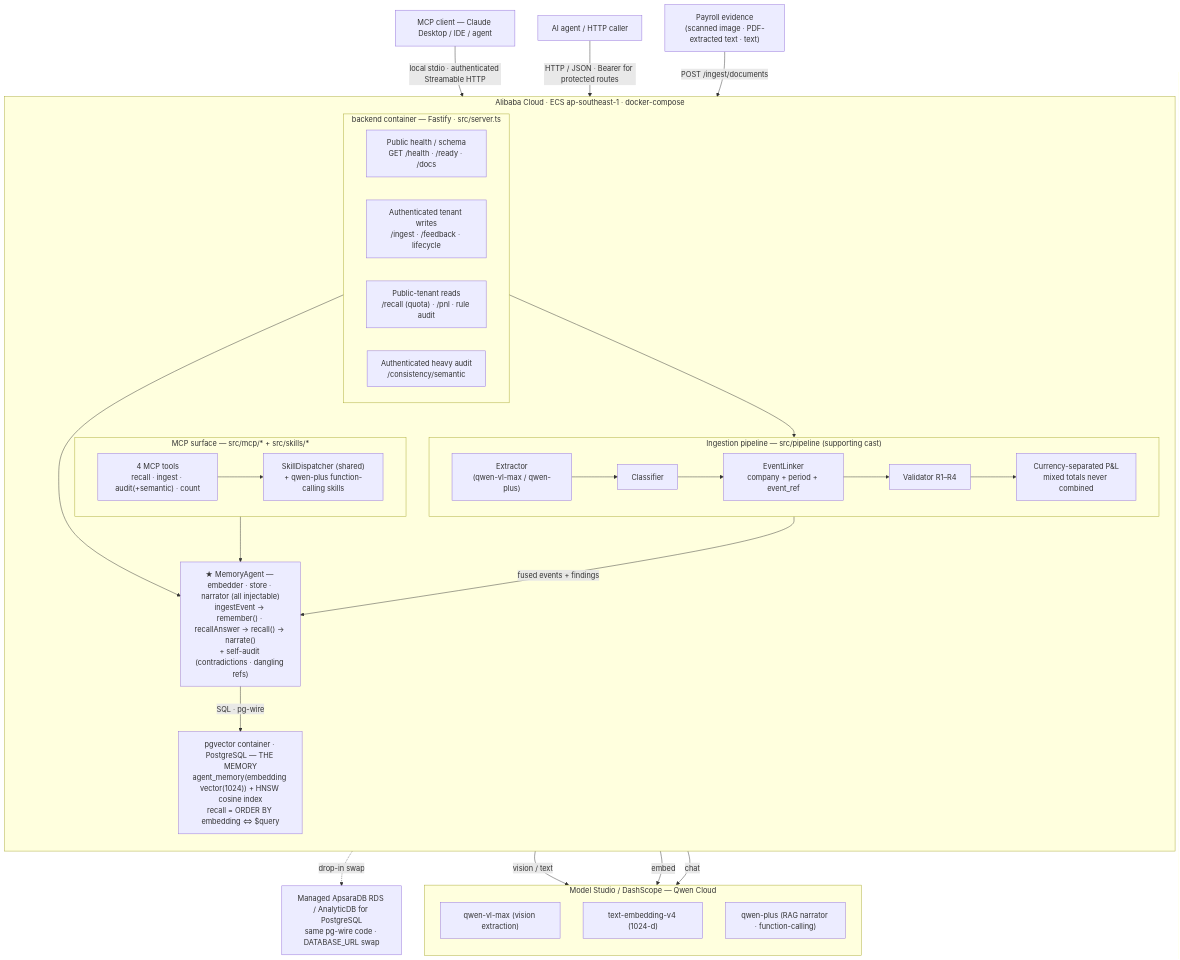
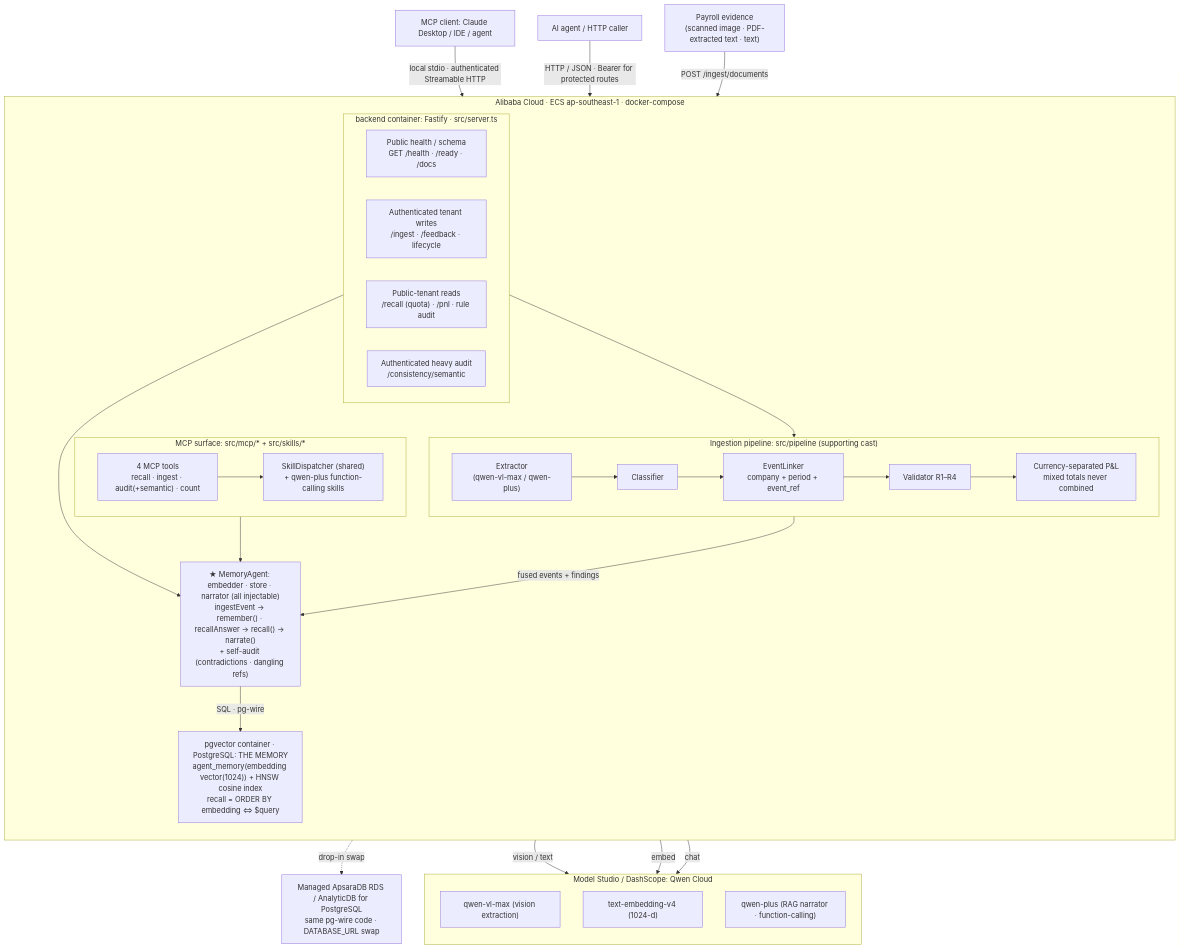
Before and after one commit to upgradedev/archon-qwen-memoryagent: the diagram in README.md, drawn with Mermaid. The commit also changed other lines of this file and 6 other files, not shown here.

````diff
--- a/README.md
+++ b/README.md
@@ -253,56 +253,56 @@
 ```mermaid
 flowchart TB
     Agent["AI agent / HTTP caller"]
     Docs["Payroll evidence<br/>(scanned image · PDF-extracted text · text)"]
-    MCPClient["MCP client — Claude Desktop / IDE / agent"]
+    MCPClient["MCP client: Claude Desktop / IDE / agent"]
 
     subgraph ECS["Alibaba Cloud · ECS ap-southeast-1 · docker-compose"]
         direction TB
-        subgraph API["backend container — Fastify · src/server.ts"]
+        subgraph API["backend container: Fastify · src/server.ts"]
             direction LR
             H["Public health / schema<br/>GET /health · /ready · /docs"]
             I["Authenticated tenant writes<br/>/ingest · /feedback · lifecycle"]
             R["Public-tenant reads<br/>/recall (quota) · /pnl · rule audit"]
             C["Authenticated heavy audit<br/>/consistency/semantic"]
         end
-        subgraph PIPE["Ingestion pipeline — src/pipeline (supporting cast)"]
+        subgraph PIPE["Ingestion pipeline: src/pipeline (supporting cast)"]
             direction LR
             EX["Extractor<br/>(qwen-vl-max / qwen-plus)"]
             CL["Classifier"]
             EL["EventLinker<br/>company + period + event_ref"]
             VA["Validator R1–R4"]
             PN["Currency-separated P&amp;L<br/>mixed totals never combined"]
             EX --> CL --> EL --> VA --> PN
         end
-        subgraph MCPSURF["MCP surface — src/mcp/* + src/skills/*"]
+        subgraph MCPSURF["MCP surface: src/mcp/* + src/skills/*"]
             direction LR
             MT["4 MCP tools<br/>recall · ingest · audit(+semantic) · count"]
             SK["SkillDispatcher (shared)<br/>+ qwen-plus function-calling skills"]
         end
-        MA["★ MemoryAgent — embedder · store · narrator (all injectable)<br/>ingestEvent → remember() · recallAnswer → recall() → narrate()<br/>+ self-audit (contradictions · dangling refs)"]
-        DB["pgvector container · PostgreSQL — THE MEMORY<br/>agent_memory(embedding vector(1024)) + HNSW cosine index<br/>recall = ORDER BY embedding &lt;=&gt; $query"]
+        MA["★ MemoryAgent: embedder · store · narrator (all injectable)<br/>ingestEvent → remember() · recallAnswer → recall() → narrate()<br/>+ self-audit (contradictions · dangling refs)"]
+        DB["pgvector container · PostgreSQL: THE MEMORY<br/>agent_memory(embedding vector(1024)) + HNSW cosine index<br/>recall = ORDER BY embedding &lt;=&gt; $query"]
     end
 
-    subgraph QWEN["Model Studio / DashScope — Qwen Cloud"]
+    subgraph QWEN["Model Studio / DashScope: Qwen Cloud"]
         direction TB
         VL["qwen-vl-max (vision extraction)"]
         EMB["text-embedding-v4 (1024-d)"]
         LLM["qwen-plus (RAG narrator · function-calling)"]
     end
 
     RDS["Managed ApsaraDB RDS / AnalyticDB for PostgreSQL<br/>same pg-wire code · DATABASE_URL swap"]
 
     Agent -->|HTTP / JSON · Bearer for protected routes| API
     Docs -->|POST /ingest/documents| API
     API --> PIPE
     API --> MA
     PIPE -->|fused events + findings| MA
     EX -->|vision / text| VL
     MCPClient -->|local stdio · authenticated Streamable HTTP| MT
     MT --> SK
     SK --> MA
     MA -->|embed| EMB
     MA -->|chat| LLM
     MA -->|SQL · pg-wire| DB
     DB -. drop-in swap .-> RDS
 ```
````
